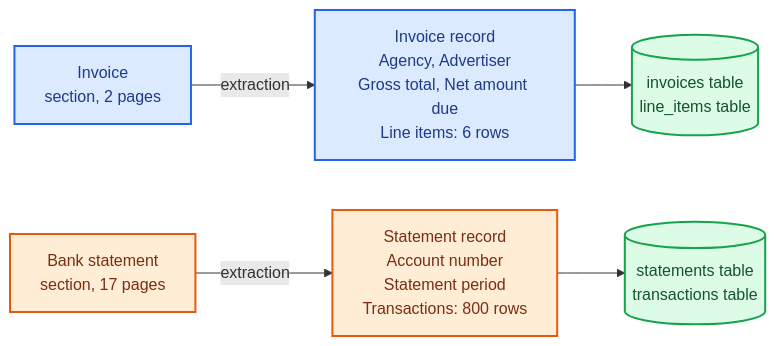
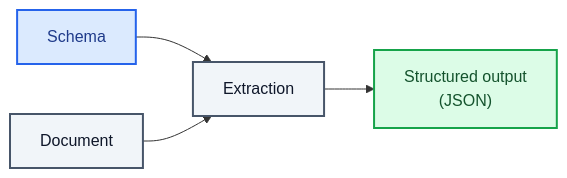
The first of 3 diagrams in docs/idp-fundamentals/extraction.md (aws-solutions-library-samples/accelerated-intelligent-document-processing-on-aws), drawn with Mermaid before and after one commit. The commit also changed other lines of this file and 14 other files, not shown here.

````diff
--- a/docs/idp-fundamentals/extraction.md
+++ b/docs/idp-fundamentals/extraction.md
@@ -28,14 +16,13 @@
 ```mermaid
 flowchart LR
-    I["Invoice<br/>section, 2 pages"] -- extraction --> RI["Invoice record<br/>Agency, Advertiser<br/>Gross total, Net amount due<br/>Line items: 6 rows"]
-    S["Bank statement<br/>section, 17 pages"] -- extraction --> RS["Statement record<br/>Account number<br/>Statement period<br/>Transactions: 800 rows"]
-    RI --> D1[("invoices table<br/>line_items table")]
-    RS --> D2[("statements table<br/>transactions table")]
+    S["Schema"] --> X["Extraction"]
+    D["Document"] --> X
+    X --> J["Structured output<br/>(JSON)"]
     classDef file fill:#f1f5f9,stroke:#475569,color:#0f172a,stroke-width:2px
     classDef app fill:#dbeafe,stroke:#2563eb,color:#1e3a8a,stroke-width:2px
-    classDef stubA fill:#dcfce7,stroke:#16a34a,color:#14532d,stroke-width:2px
-    classDef bank fill:#ffedd5,stroke:#ea580c,color:#7c2d12,stroke-width:2px
-    class I,RI app
-    class S,RS bank
-    class D1,D2 stubA
+    classDef out fill:#dcfce7,stroke:#16a34a,color:#14532d,stroke-width:2px
+    class S app
+    class D file
+    class X file
+    class J out
 ```
````
